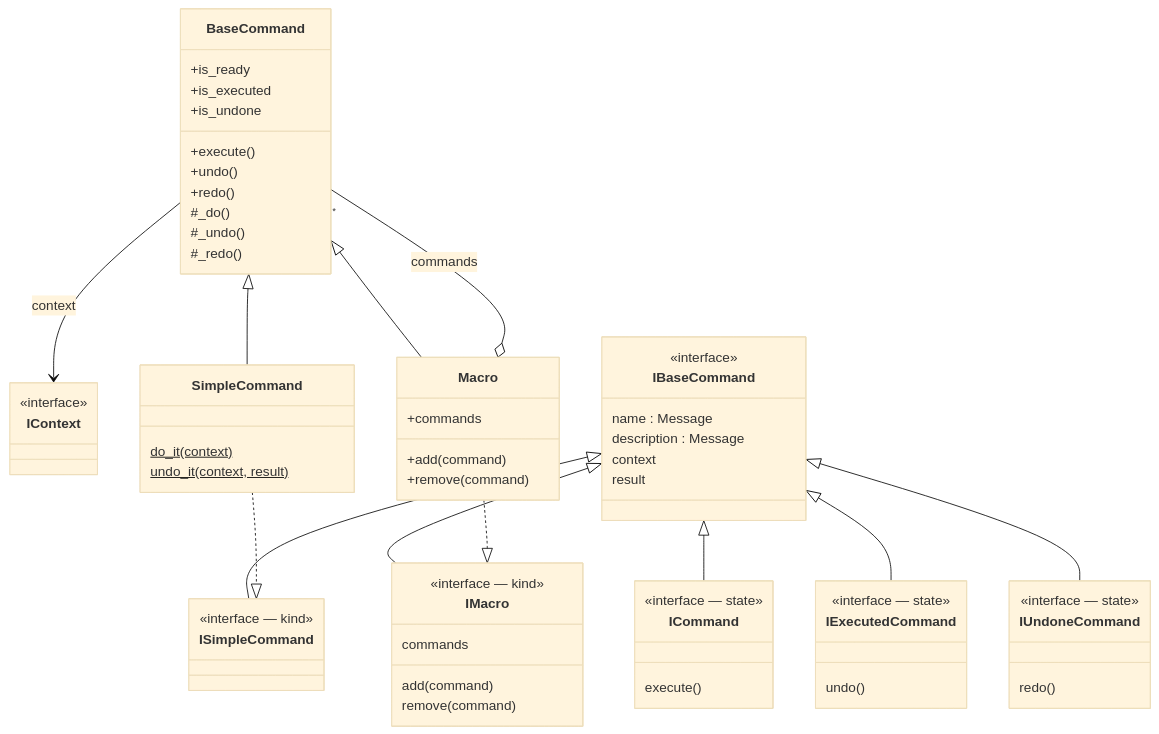
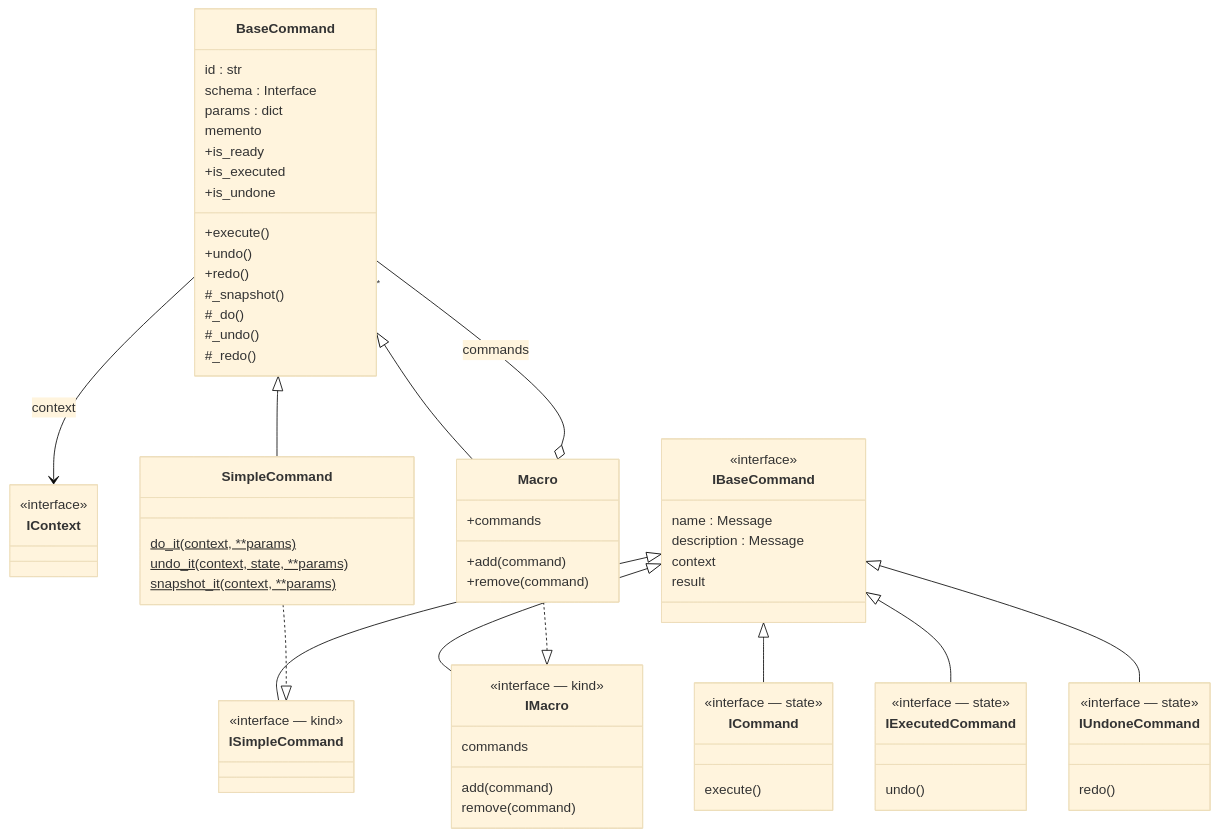
The second of 8 diagrams in docs/en/architecture.md (michaellaunay/komandaro), drawn with Mermaid (base theme) before and after one commit. The commit also changed other lines of this file and 17 other files, not shown here.

````diff
--- a/docs/en/architecture.md
+++ b/docs/en/architecture.md
@@ -81,66 +85,72 @@
 ```mermaid
 classDiagram
     class IContext {
         <<interface>>
     }
     class IBaseCommand {
         <<interface>>
         name : Message
         description : Message
         context
         result
     }
     class ICommand {
         <<interface — state>>
         execute()
     }
     class IExecutedCommand {
         <<interface — state>>
         undo()
     }
     class IUndoneCommand {
         <<interface — state>>
         redo()
     }
     class ISimpleCommand {
         <<interface — kind>>
     }
     class IMacro {
         <<interface — kind>>
         commands
         add(command)
         remove(command)
     }
     IBaseCommand <|-- ICommand
     IBaseCommand <|-- IExecutedCommand
     IBaseCommand <|-- IUndoneCommand
     IBaseCommand <|-- ISimpleCommand
     IBaseCommand <|-- IMacro
 
     class BaseCommand {
+        id : str
+        schema : Interface
+        params : dict
+        memento
         +execute()
         +undo()
         +redo()
         +is_ready
         +is_executed
         +is_undone
+        #_snapshot()
         #_do()
         #_undo()
         #_redo()
     }
     class SimpleCommand {
-        do_it(context)$
-        undo_it(context, result)$
+        do_it(context, **params)$
+        undo_it(context, state, **params)$
+        snapshot_it(context, **params)$
     }
     class Macro {
         +commands
         +add(command)
         +remove(command)
     }
     BaseCommand <|-- SimpleCommand
     BaseCommand <|-- Macro
     SimpleCommand ..|> ISimpleCommand
     Macro ..|> IMacro
     Macro o-- "*" BaseCommand : commands
     BaseCommand --> IContext : context
 ```
````
